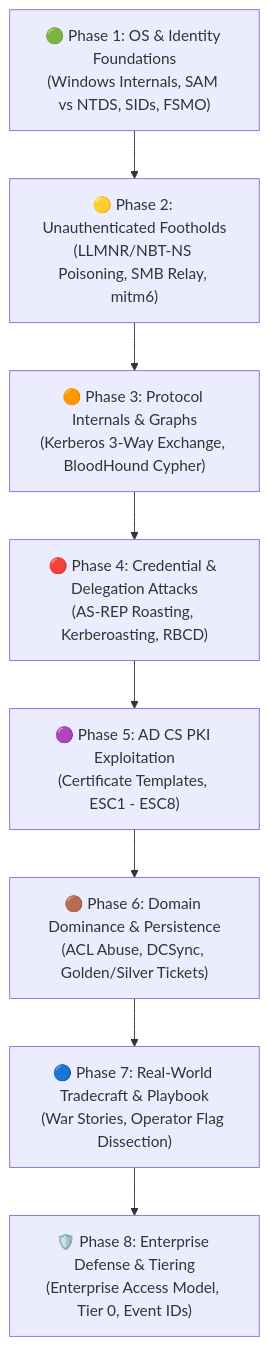
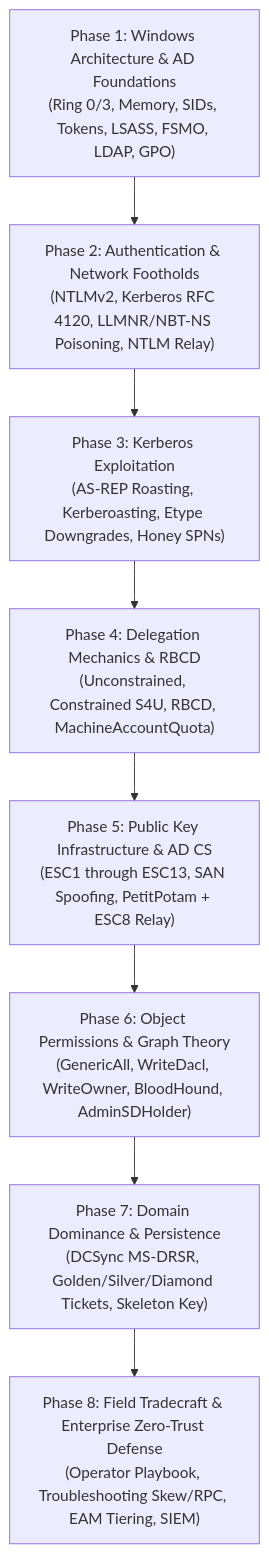
The diagram in README.md (Shashi552/Active-Directory-Fundamentals), drawn with Mermaid before and after one commit. The commit also changed other lines of this file and 31 other files, not shown here.

````diff
--- a/README.md
+++ b/README.md
@@ -11,13 +23,13 @@
 ```mermaid
 flowchart TD
-    P1["🟢 Phase 1: OS & Identity Foundations<br/>(Windows Internals, SAM vs NTDS, SIDs, FSMO)"]
-    P2["🟡 Phase 2: Unauthenticated Footholds<br/>(LLMNR/NBT-NS Poisoning, SMB Relay, mitm6)"]
-    P3["🟠 Phase 3: Protocol Internals & Graphs<br/>(Kerberos 3-Way Exchange, BloodHound Cypher)"]
-    P4["🔴 Phase 4: Credential & Delegation Attacks<br/>(AS-REP Roasting, Kerberoasting, RBCD)"]
-    P5["🟣 Phase 5: AD CS PKI Exploitation<br/>(Certificate Templates, ESC1 - ESC8)"]
-    P6["🟤 Phase 6: Domain Dominance & Persistence<br/>(ACL Abuse, DCSync, Golden/Silver Tickets)"]
-    P7["🔵 Phase 7: Real-World Tradecraft & Playbook<br/>(War Stories, Operator Flag Dissection)"]
-    P8["🛡️ Phase 8: Enterprise Defense & Tiering<br/>(Enterprise Access Model, Tier 0, Event IDs)"]
+    P1["Phase 1: Windows Architecture & AD Foundations<br/>(Ring 0/3, Memory, SIDs, Tokens, LSASS, FSMO, LDAP, GPO)"]
+    P2["Phase 2: Authentication & Network Footholds<br/>(NTLMv2, Kerberos RFC 4120, LLMNR/NBT-NS Poisoning, NTLM Relay)"]
+    P3["Phase 3: Kerberos Exploitation<br/>(AS-REP Roasting, Kerberoasting, Etype Downgrades, Honey SPNs)"]
+    P4["Phase 4: Delegation Mechanics & RBCD<br/>(Unconstrained, Constrained S4U, RBCD, MachineAccountQuota)"]
+    P5["Phase 5: Public Key Infrastructure & AD CS<br/>(ESC1 through ESC13, SAN Spoofing, PetitPotam + ESC8 Relay)"]
+    P6["Phase 6: Object Permissions & Graph Theory<br/>(GenericAll, WriteDacl, WriteOwner, BloodHound, AdminSDHolder)"]
+    P7["Phase 7: Domain Dominance & Persistence<br/>(DCSync MS-DRSR, Golden/Silver/Diamond Tickets, Skeleton Key)"]
+    P8["Phase 8: Field Tradecraft & Enterprise Zero-Trust Defense<br/>(Operator Playbook, Troubleshooting Skew/RPC, EAM Tiering, SIEM)"]
 
     P1 --> P2 --> P3 --> P4 --> P5 --> P6 --> P7 --> P8
 ```
````
